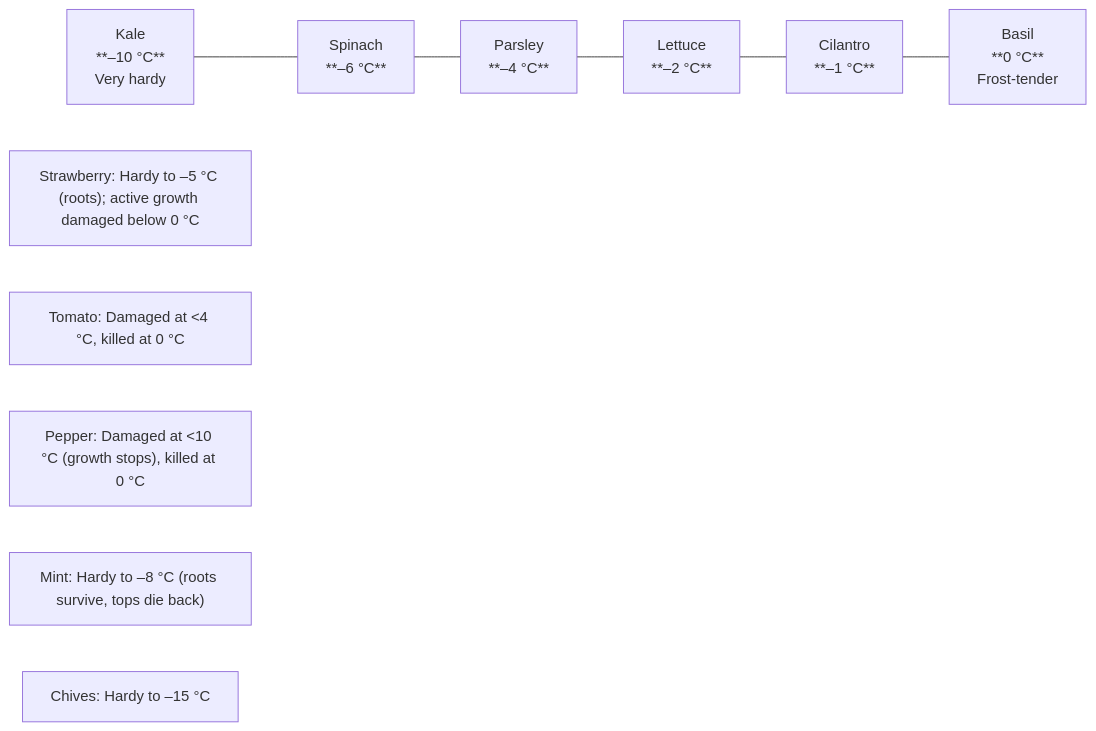
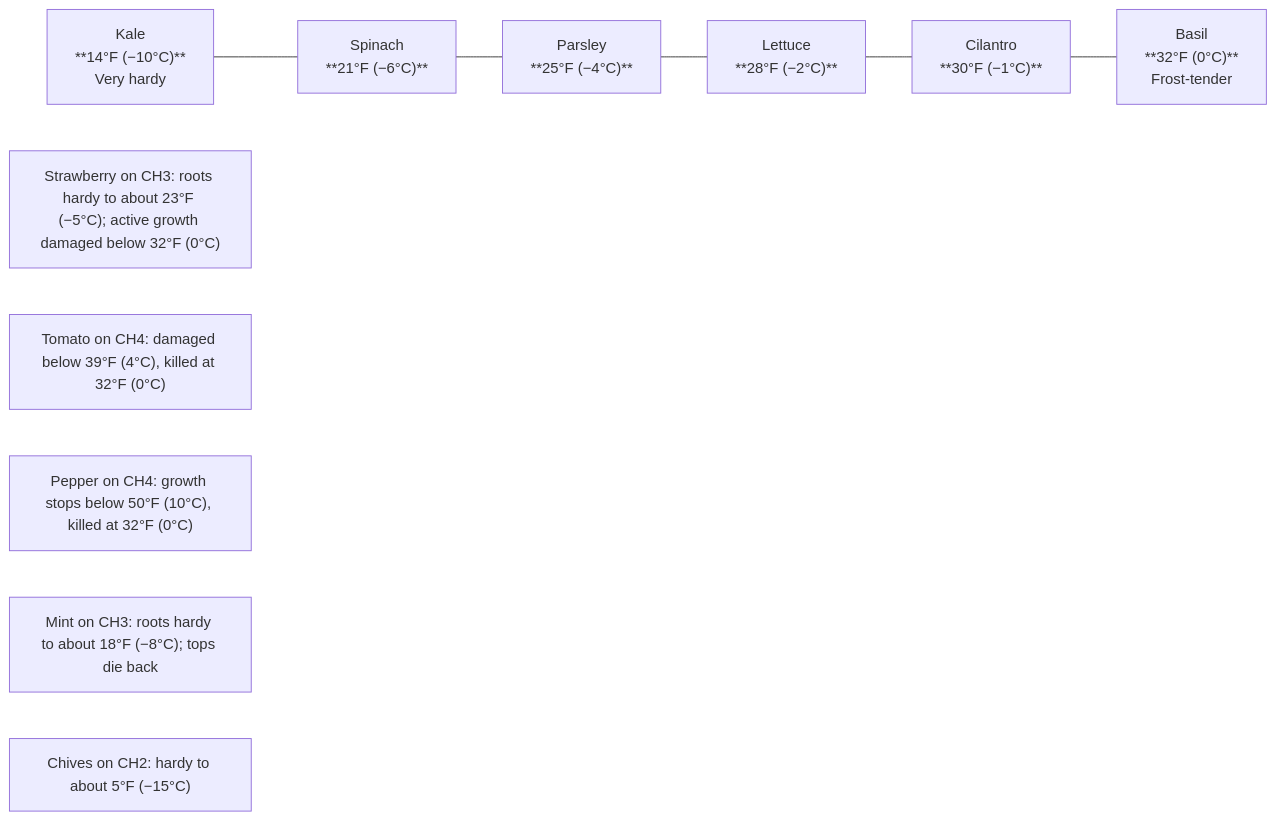
One commit to UncleJS/guide_hydroponics changed the fourth of 11 diagrams in guide/nft/10-climate-management.md. Above: the diagram before and after it, drawn with Mermaid. The commit also changed other lines of this file and 35 other files, not shown here.

````diff
--- a/guide/nft/10-climate-management.md
+++ b/guide/nft/10-climate-management.md
@@ -379,17 +400,17 @@
 ```mermaid
 flowchart LR
-    A["Kale<br/>**–10 °C**<br/>Very hardy"]
-    B["Spinach<br/>**–6 °C**"]
-    C["Lettuce<br/>**–2 °C**"]
-    D["Parsley<br/>**–4 °C**"]
-    E["Cilantro<br/>**–1 °C**"]
-    F["Basil<br/>**0 °C**<br/>Frost-tender"]
+    A["Kale<br/>**14°F (−10°C)**<br/>Very hardy"]
+    B["Spinach<br/>**21°F (−6°C)**"]
+    C["Lettuce<br/>**28°F (−2°C)**"]
+    D["Parsley<br/>**25°F (−4°C)**"]
+    E["Cilantro<br/>**30°F (−1°C)**"]
+    F["Basil<br/>**32°F (0°C)**<br/>Frost-tender"]
 
     A --- B --- D --- C --- E --- F
 
-    G["Strawberry: Hardy to –5 °C (roots); active growth damaged below 0 °C"]
-    H["Tomato: Damaged at &lt;4 °C, killed at 0 °C"]
-    I["Pepper: Damaged at &lt;10 °C (growth stops), killed at 0 °C"]
-    J["Mint: Hardy to –8 °C (roots survive, tops die back)"]
-    K["Chives: Hardy to –15 °C"]
+    G["Strawberry on CH3: roots hardy to about 23°F (−5°C); active growth damaged below 32°F (0°C)"]
+    H["Tomato on CH4: damaged below 39°F (4°C), killed at 32°F (0°C)"]
+    I["Pepper on CH4: growth stops below 50°F (10°C), killed at 32°F (0°C)"]
+    J["Mint on CH3: roots hardy to about 18°F (−8°C); tops die back"]
+    K["Chives on CH2: hardy to about 5°F (−15°C)"]
 ```
````
